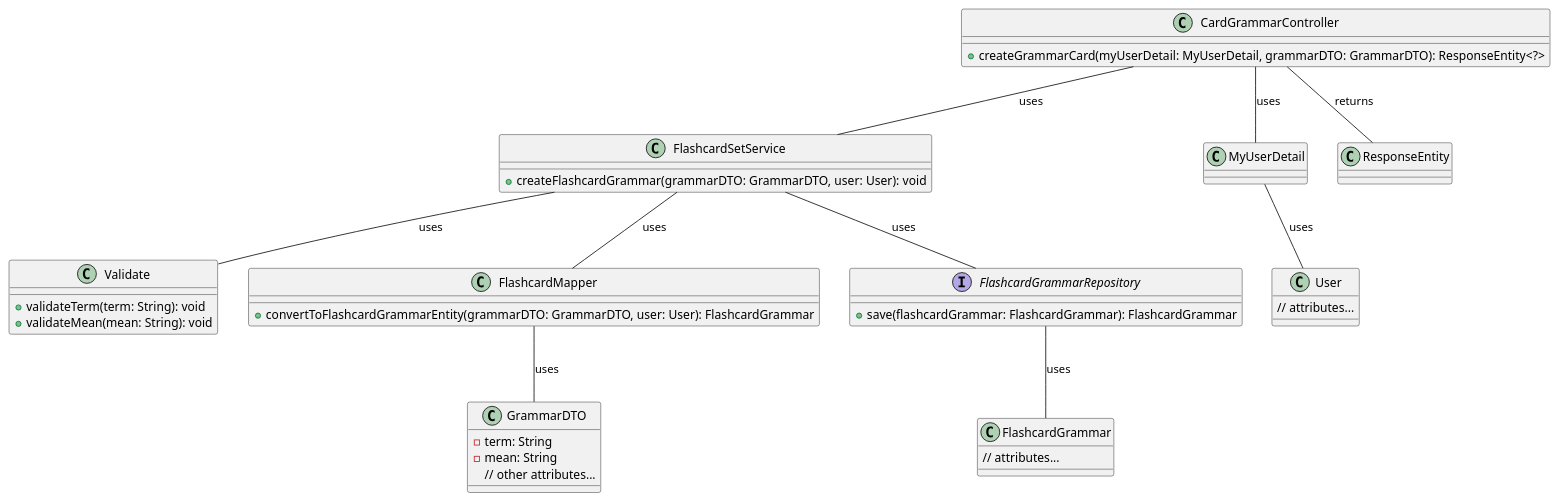
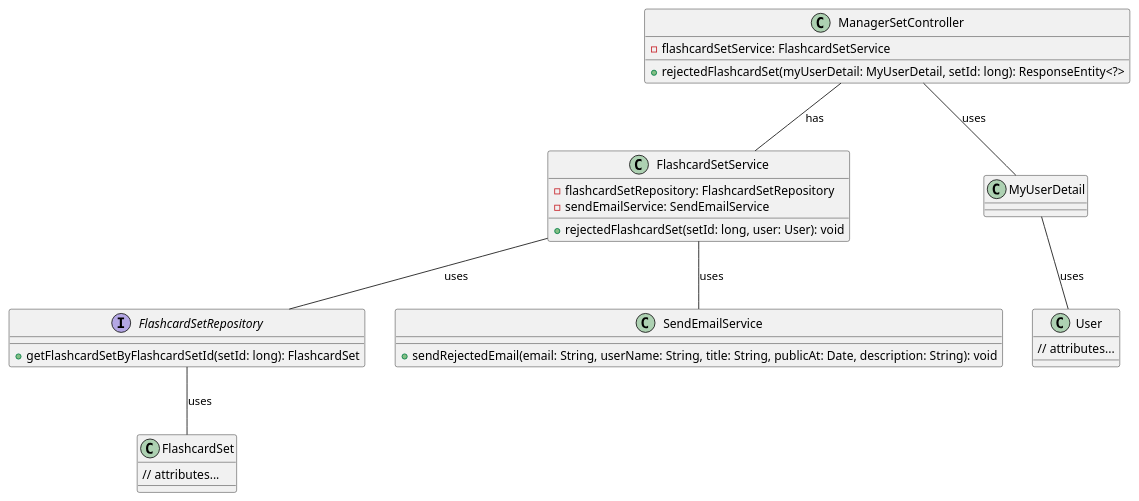
The diagram in PackageDiagram.puml (zzquocngaozz/JFlashcard), drawn with PlantUML before and after one commit. The commit also changed 9 other files, not shown here.

```diff
--- a/PackageDiagram.puml
+++ b/PackageDiagram.puml
@@ -1,50 +1,39 @@
 @startuml
 
-class CardGrammarController {
-  +createGrammarCard(myUserDetail: MyUserDetail, grammarDTO: GrammarDTO): ResponseEntity<?>
+class ManagerSetController {
+  -flashcardSetService: FlashcardSetService
+  +rejectedFlashcardSet(myUserDetail: MyUserDetail, setId: long): ResponseEntity<?>
 }
 
 class FlashcardSetService {
-  +createFlashcardGrammar(grammarDTO: GrammarDTO, user: User): void
+  -flashcardSetRepository: FlashcardSetRepository
+  -sendEmailService: SendEmailService
+  +rejectedFlashcardSet(setId: long, user: User): void
 }
 
 class MyUserDetail
-
-class GrammarDTO {
-  -term: String
-  -mean: String
-  // other attributes...
-}
 
 class User {
   // attributes...
 }
 
-class Validate {
-  +validateTerm(term: String): void
-  +validateMean(mean: String): void
+interface FlashcardSetRepository {
+  +getFlashcardSetByFlashcardSetId(setId: long): FlashcardSet
 }
 
-class FlashcardMapper {
-  +convertToFlashcardGrammarEntity(grammarDTO: GrammarDTO, user: User): FlashcardGrammar
-}
-
-interface FlashcardGrammarRepository {
-  +save(flashcardGrammar: FlashcardGrammar): FlashcardGrammar
-}
-
-class FlashcardGrammar {
+class FlashcardSet {
   // attributes...
 }
 
-CardGrammarController -- FlashcardSetService : uses
-FlashcardSetService -- Validate : uses
-FlashcardSetService -- FlashcardMapper : uses
-FlashcardSetService -- FlashcardGrammarRepository : uses
+class SendEmailService {
+  +sendRejectedEmail(email: String, userName: String, title: String, publicAt: Date, description: String): void
+}
+
+ManagerSetController -- FlashcardSetService : has
+FlashcardSetService -- FlashcardSetRepository : uses
+FlashcardSetService -- SendEmailService : uses
 MyUserDetail -- User : uses
-FlashcardGrammarRepository -- FlashcardGrammar : uses
-CardGrammarController -- MyUserDetail : uses
-CardGrammarController -- ResponseEntity : returns
-FlashcardMapper -- GrammarDTO : uses
+ManagerSetController -- MyUserDetail : uses
+FlashcardSetRepository -- FlashcardSet : uses
 
 @enduml
```
